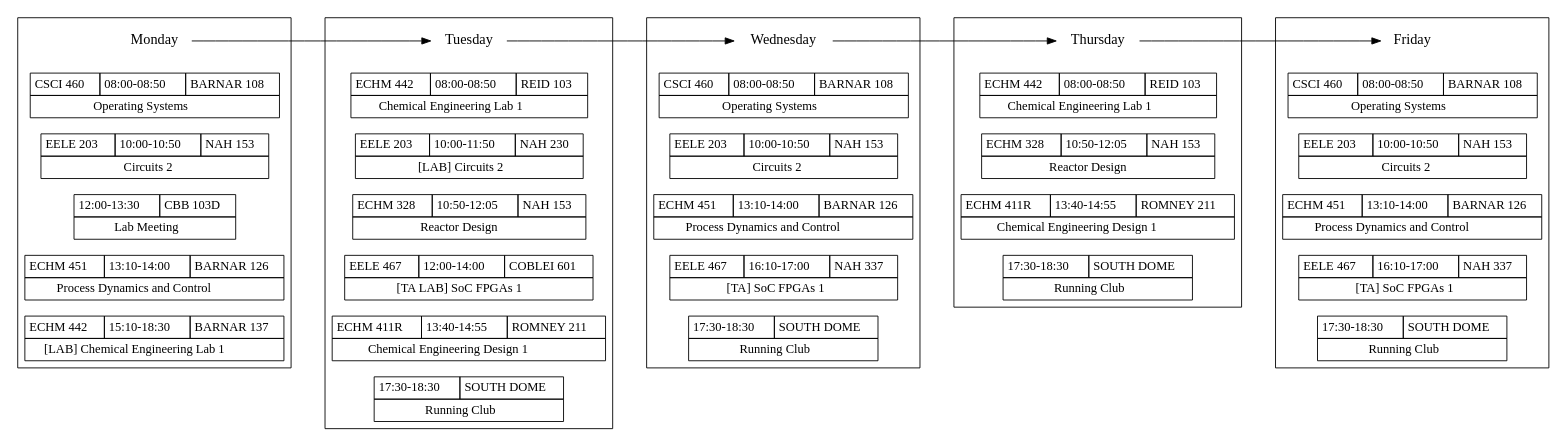
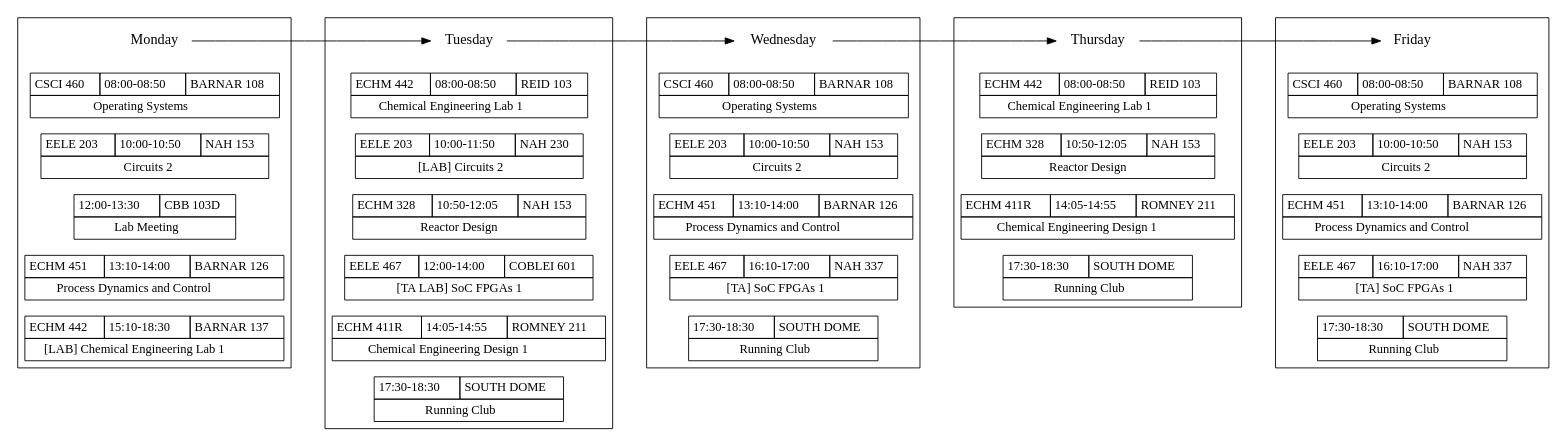
The diagram in schedule_4-senior-sem-1-fall.gv (w-culhane/schedule-flowchart), drawn with Graphviz before and after one commit.

Commit message:
Update class time for senior design

```diff
--- a/schedule_4-senior-sem-1-fall.gv
+++ b/schedule_4-senior-sem-1-fall.gv
@@ -106,7 +106,7 @@
 		  <TABLE BORDER="0" CELLBORDER="1" CELLSPACING="0" CELLPADDING="4">
 		  <TR>
 		  <TD>ECHM 411R</TD>
-		  <TD>13:40-14:55</TD>
+		  <TD>14:05-14:55</TD>
 		  <TD>ROMNEY 211</TD>
 		  </TR>
 		  <TR><TD COLSPAN="3">Chemical Engineering Design 1</TD></TR>
@@ -202,7 +202,7 @@
 		  <TABLE BORDER="0" CELLBORDER="1" CELLSPACING="0" CELLPADDING="4">
 		  <TR>
 		  <TD>ECHM 411R</TD>
-		  <TD>13:40-14:55</TD>
+		  <TD>14:05-14:55</TD>
 		  <TD>ROMNEY 211</TD>
 		  </TR>
 		  <TR><TD COLSPAN="3">Chemical Engineering Design 1</TD></TR>
```
